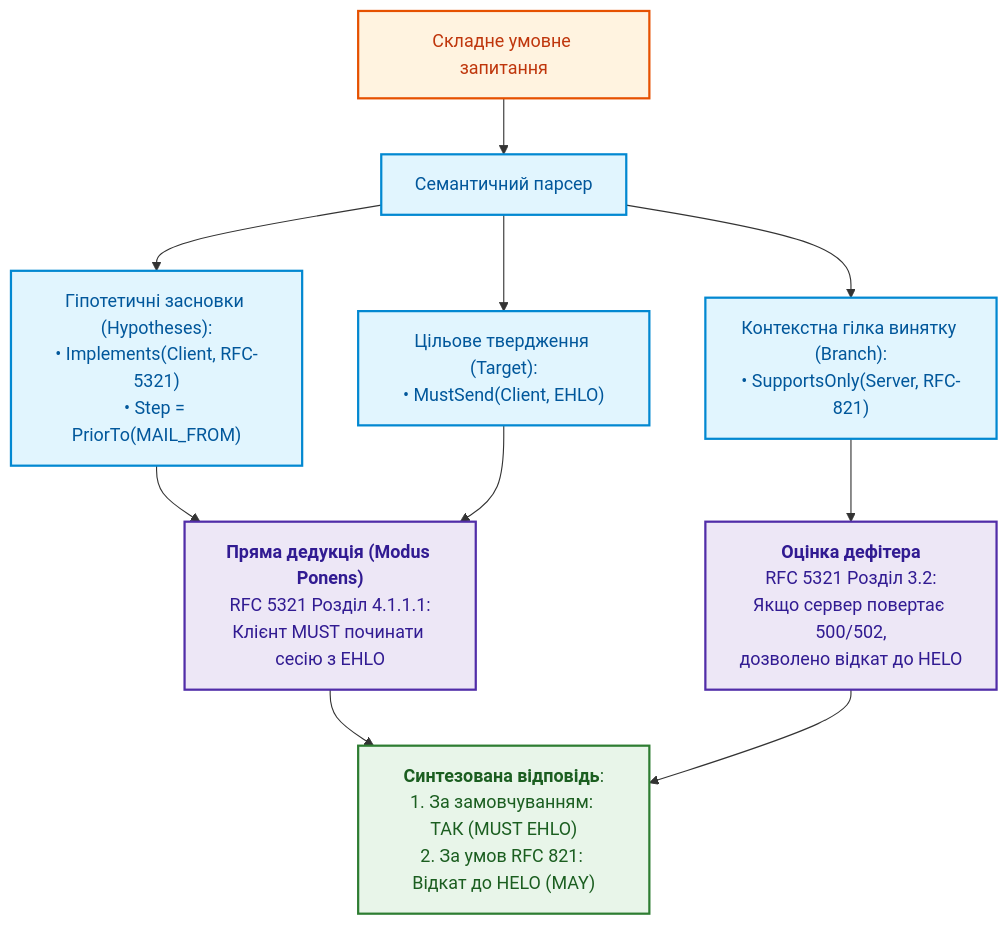
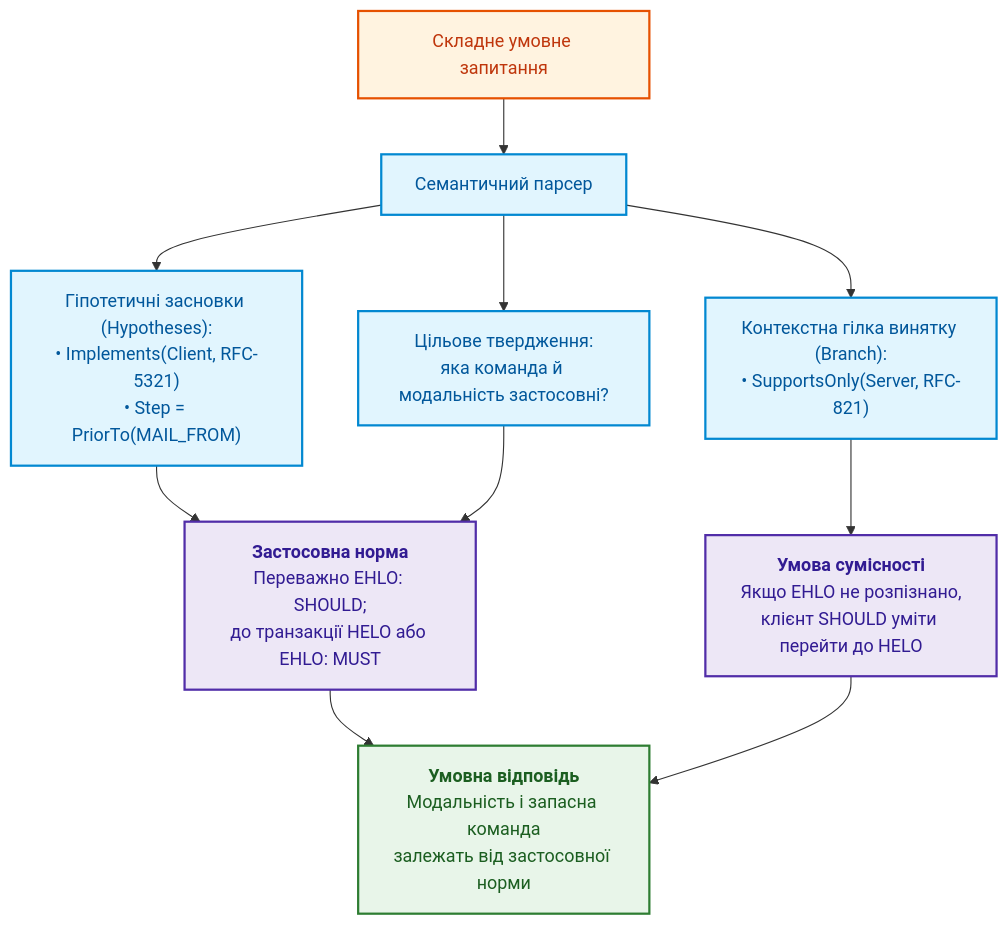
The fifth of 5 diagrams in ExpertSystem/ch31-syllogistic-reasoning-and-relation-lattices.md (nick-fedchik/articles), drawn with Mermaid before and after one commit. The commit also changed other lines of this file and 20 other files, not shown here.

````diff
--- a/ExpertSystem/ch31-syllogistic-reasoning-and-relation-lattices.md
+++ b/ExpertSystem/ch31-syllogistic-reasoning-and-relation-lattices.md
@@ -452,27 +459,27 @@
 ```mermaid
 flowchart TD
     accTitle: План виконання умовного силогістичного запиту
     accDescr: Розбиття питання на гіпотези, цільові предикати та гілки винятків.
 
     Q["Складне умовне запитання"] --> PARSE["Семантичний парсер"]
     
     PARSE --> H["Гіпотетичні засновки (Hypotheses):<br/>• Implements(Client, RFC-5321)<br/>• Step = PriorTo(MAIL_FROM)"]
-    PARSE --> T["Цільове твердження (Target):<br/>• MustSend(Client, EHLO)"]
+    PARSE --> T["Цільове твердження:<br/>яка команда й модальність застосовні?"]
     PARSE --> B["Контекстна гілка винятку (Branch):<br/>• SupportsOnly(Server, RFC-821)"]
 
-    H & T --> DED1["<b>Пряма дедукція (Modus Ponens)</b><br/>RFC 5321 Розділ 4.1.1.1:<br/>Клієнт MUST починати сесію з EHLO"]
+    H & T --> DED1["<b>Застосовна норма</b><br/>Переважно EHLO: SHOULD;<br/>до транзакції HELO або EHLO: MUST"]
     
-    B --> DEF_EVAL["<b>Оцінка дефітера</b><br/>RFC 5321 Розділ 3.2:<br/>Якщо сервер повертає 500/502,<br/>дозволено відкат до HELO"]
+    B --> DEF_EVAL["<b>Умова сумісності</b><br/>Якщо EHLO не розпізнано,<br/>клієнт SHOULD уміти перейти до HELO"]
 
-    DED1 & DEF_EVAL --> FINAL["<b>Синтезована відповідь</b>:<br/>1. За замовчуванням: ТАК (MUST EHLO)<br/>2. За умов RFC 821: Відкат до HELO (MAY)"]
+    DED1 & DEF_EVAL --> FINAL["<b>Умовна відповідь</b><br/>Модальність і запасна команда<br/>залежать від застосовної норми"]
 
     classDef q fill:#fff3e0,stroke:#e65100,stroke-width:2px,color:#bf360c;
     classDef p fill:#e1f5fe,stroke:#0288d1,stroke-width:2px,color:#01579b;
     classDef d fill:#ede7f6,stroke:#512da8,stroke-width:2px,color:#311b92;
     classDef r fill:#e8f5e9,stroke:#2e7d32,stroke-width:2px,color:#1b5e20;
 
     class Q q;
     class PARSE,H,T,B p;
     class DED1,DEF_EVAL d;
     class FINAL r;
 ```
````
